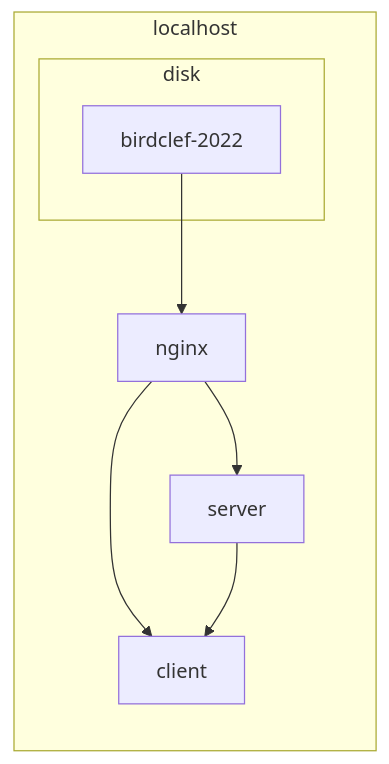
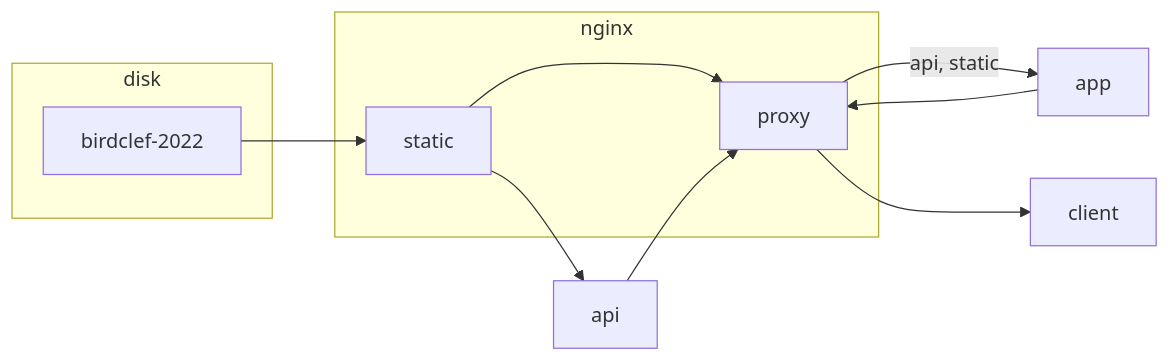
Before and after one commit to acmiyaguchi/birdclef-motif-viewer: the first of 2 diagrams in README.md, drawn with Mermaid. The commit also changed other lines of this file, not shown here.

Commit message:
Update diagrams

````diff
--- a/README.md
+++ b/README.md
@@ -43,16 +43,20 @@
 ```mermaid
 graph LR
-    subgraph localhost
-        nginx
-        client
-        server
-        subgraph disk
-            birdclef-2022
-        end
+    subgraph nginx
+        static
+        proxy
+    end
+    static --> proxy
+    app
+    api
+    subgraph disk
+        birdclef-2022
     end
 
-    birdclef-2022 --> nginx
-    nginx --> server
-    nginx --> client
-    server --> client
+    birdclef-2022 --> static
+    static --> api
+    proxy -->|api, static| app
+    api --> proxy
+    app --> proxy
+    proxy --> client
 ```
````
